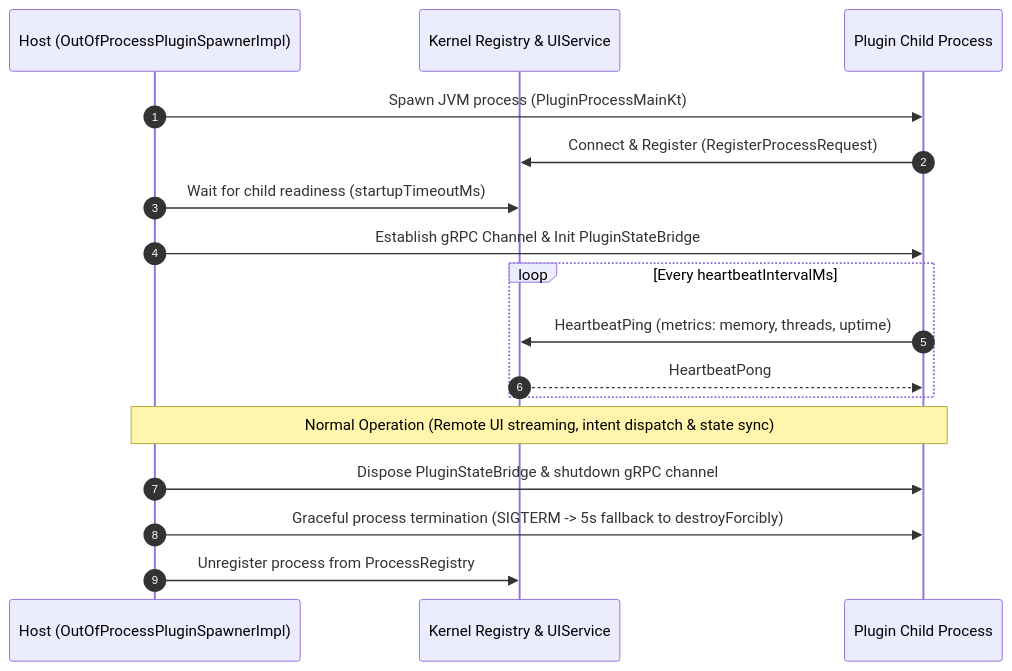
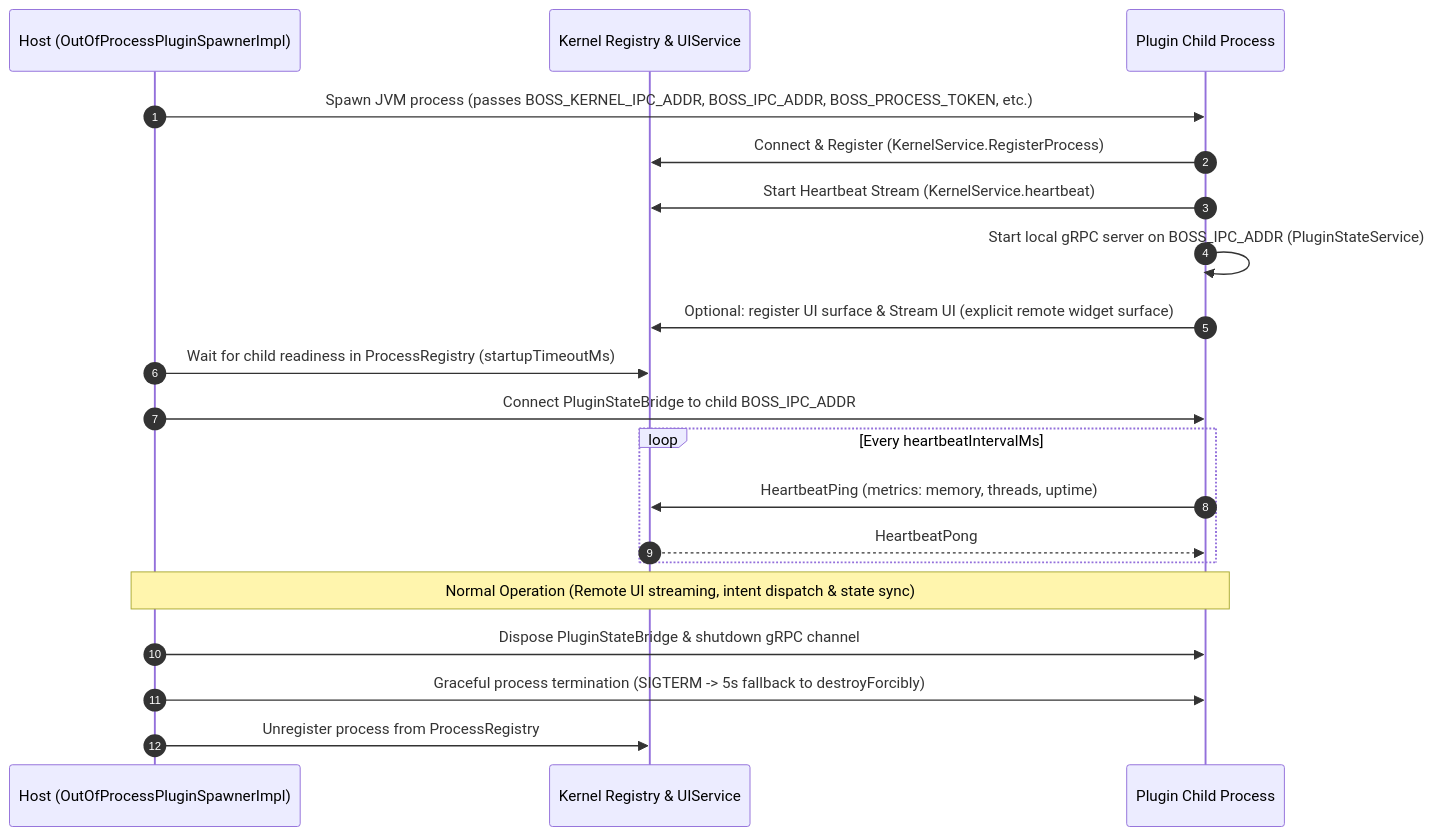
The second of 2 diagrams in docs/OOP_PLUGIN_DEVELOPMENT_GUIDE.md (Aditya8369/BossConsole), drawn with Mermaid before and after one commit. The commit also changed other lines of this file, not shown here.

First line of the commit message:
docs(architecture): integrate author follow-up with verified IPC corrections

````diff
--- a/docs/OOP_PLUGIN_DEVELOPMENT_GUIDE.md
+++ b/docs/OOP_PLUGIN_DEVELOPMENT_GUIDE.md
@@ -89,20 +91,23 @@
 ```mermaid
 sequenceDiagram
     autonumber
     participant Host as Host (OutOfProcessPluginSpawnerImpl)
     participant Kernel as Kernel Registry & UIService
     participant Child as Plugin Child Process
-
-    Host->>Child: Spawn JVM process (PluginProcessMainKt)
-    Child->>Kernel: Connect & Register (RegisterProcessRequest)
-    Host->>Kernel: Wait for child readiness (startupTimeoutMs)
-    Host->>Child: Establish gRPC Channel & Init PluginStateBridge
+    
+    Host->>Child: Spawn JVM process (passes BOSS_KERNEL_IPC_ADDR, BOSS_IPC_ADDR, BOSS_PROCESS_TOKEN, etc.)
+    Child->>Kernel: Connect & Register (KernelService.RegisterProcess)
+    Child->>Kernel: Start Heartbeat Stream (KernelService.heartbeat)
+    Child->>Child: Start local gRPC server on BOSS_IPC_ADDR (PluginStateService)
+    Child->>Kernel: Optional: register UI surface & Stream UI (explicit remote widget surface)
+    Host->>Kernel: Wait for child readiness in ProcessRegistry (startupTimeoutMs)
+    Host->>Child: Connect PluginStateBridge to child BOSS_IPC_ADDR
     loop Every heartbeatIntervalMs
         Child->>Kernel: HeartbeatPing (metrics: memory, threads, uptime)
         Kernel-->>Child: HeartbeatPong
     end
     Note over Host,Child: Normal Operation (Remote UI streaming, intent dispatch & state sync)
     Host->>Child: Dispose PluginStateBridge & shutdown gRPC channel
     Host->>Child: Graceful process termination (SIGTERM -> 5s fallback to destroyForcibly)
     Host->>Kernel: Unregister process from ProcessRegistry
 ```
````
